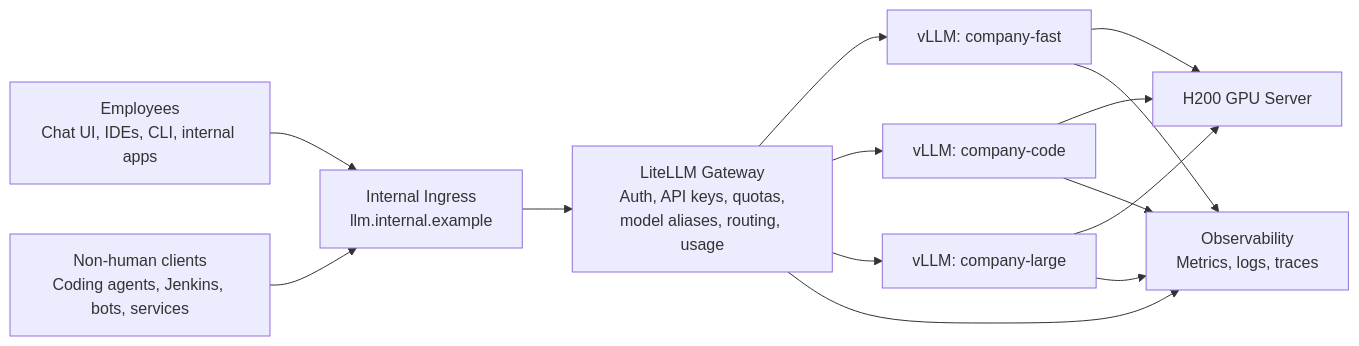
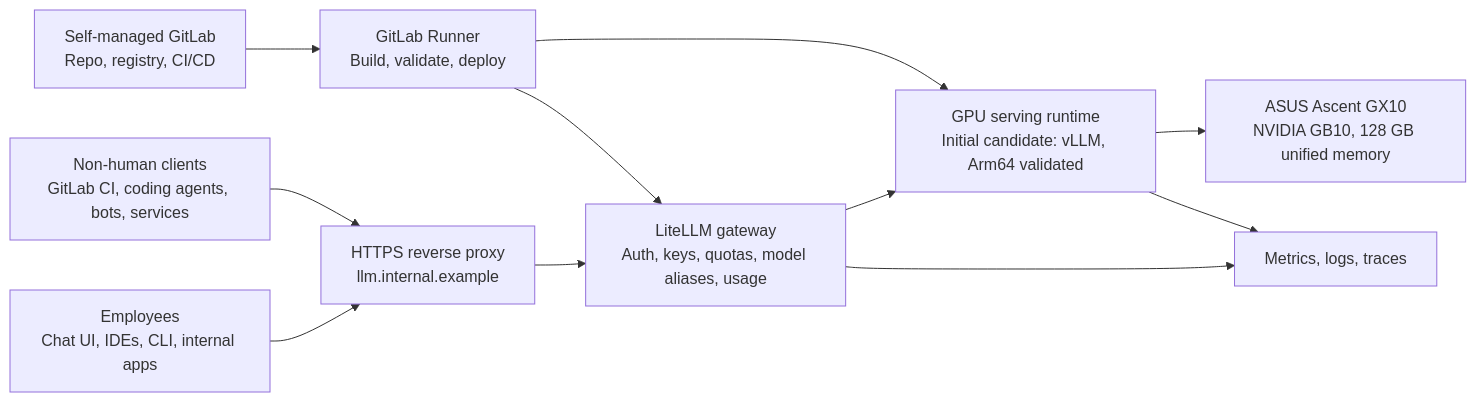
The diagram in README.md (CopyPasteFail/llm-on-prem), drawn with Mermaid before and after one commit. The commit also changed other lines of this file, not shown here.

Commit message:
Refocus HLD on GX10 and self-managed GitLab

````diff
--- a/README.md
+++ b/README.md
@@ -16,19 +37,16 @@
 ```mermaid
 flowchart LR
-    users["Employees\nChat UI, IDEs, CLI, internal apps"] --> ingress["Internal Ingress\nllm.internal.example"]
-    agents["Non-human clients\nCoding agents, Jenkins, bots, services"] --> ingress
+    people["Employees\nChat UI, IDEs, CLI, internal apps"] --> proxy["HTTPS reverse proxy\nllm.internal.example"]
+    automation["Non-human clients\nGitLab CI, coding agents, bots, services"] --> proxy
 
-    ingress --> litellm["LiteLLM Gateway\nAuth, API keys, quotas,\nmodel aliases, routing, usage"]
-    litellm --> vllm_fast["vLLM: company-fast"]
-    litellm --> vllm_code["vLLM: company-code"]
-    litellm --> vllm_large["vLLM: company-large"]
+    proxy --> gateway["LiteLLM gateway\nAuth, keys, quotas, model aliases, usage"]
+    gateway --> runtime["GPU serving runtime\nInitial candidate: vLLM, Arm64 validated"]
+    runtime --> gx10["ASUS Ascent GX10\nNVIDIA GB10, 128 GB unified memory"]
 
-    vllm_fast --> gpu["H200 GPU Server"]
-    vllm_code --> gpu
-    vllm_large --> gpu
+    gateway --> telemetry["Metrics, logs, traces"]
+    runtime --> telemetry
 
-    litellm --> obs["Observability\nMetrics, logs, traces"]
-    vllm_fast --> obs
-    vllm_code --> obs
-    vllm_large --> obs
+    gitlab["Self-managed GitLab\nRepo, registry, CI/CD"] --> runner["GitLab Runner\nBuild, validate, deploy"]
+    runner --> gateway
+    runner --> runtime
 ```
````
